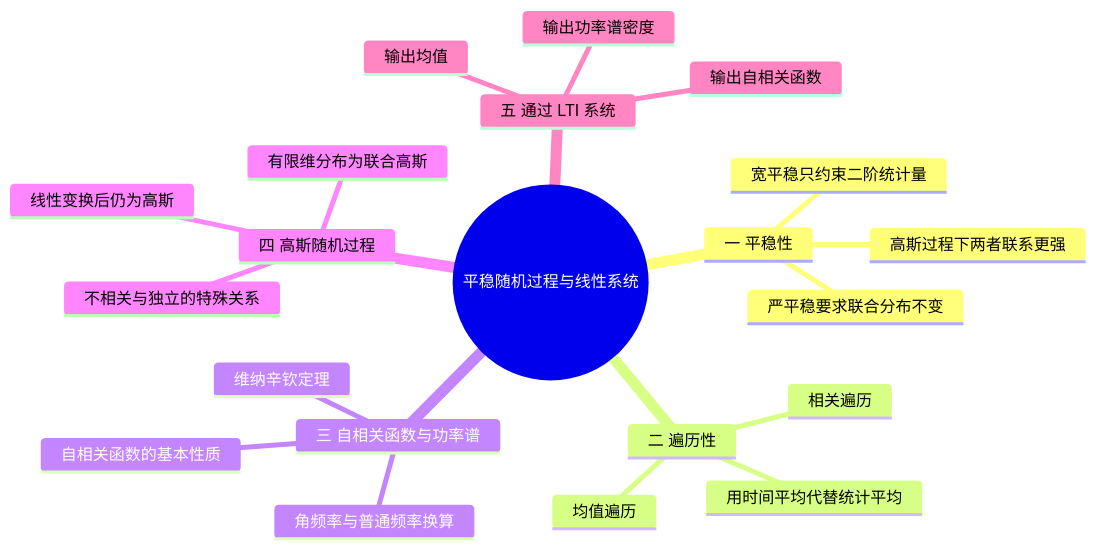
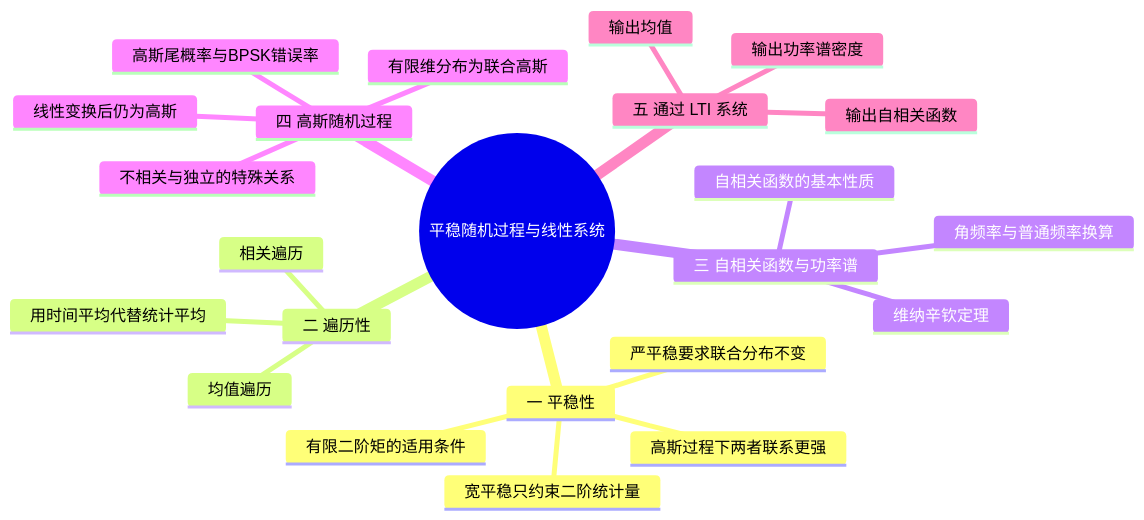
The first of 2 diagrams in 学习/学校课程/通信原理（3学分）/第2章 06 第6课 平稳性、高斯随机过程与线性系统.md (3280441136-lab/My_Obsidian_Notes), drawn with Mermaid before and after one commit. The commit also changed other lines of this file and 177 other files, not shown here.

````diff
--- a/学习/学校课程/通信原理（3学分）/第2章 06 第6课 平稳性、高斯随机过程与线性系统.md
+++ b/学习/学校课程/通信原理（3学分）/第2章 06 第6课 平稳性、高斯随机过程与线性系统.md
@@ -5,24 +5,26 @@
 ```mermaid
 mindmap
   root((平稳随机过程与线性系统))
     一 平稳性
       严平稳要求联合分布不变
       宽平稳只约束二阶统计量
+      有限二阶矩的适用条件
       高斯过程下两者联系更强
     二 遍历性
       用时间平均代替统计平均
       均值遍历
       相关遍历
     三 自相关函数与功率谱
       自相关函数的基本性质
       维纳辛钦定理
       角频率与普通频率换算
     四 高斯随机过程
       有限维分布为联合高斯
       不相关与独立的特殊关系
       线性变换后仍为高斯
+      高斯尾概率与BPSK错误率
     五 通过 LTI 系统
       输出均值
       输出自相关函数
       输出功率谱密度
 ```
````
